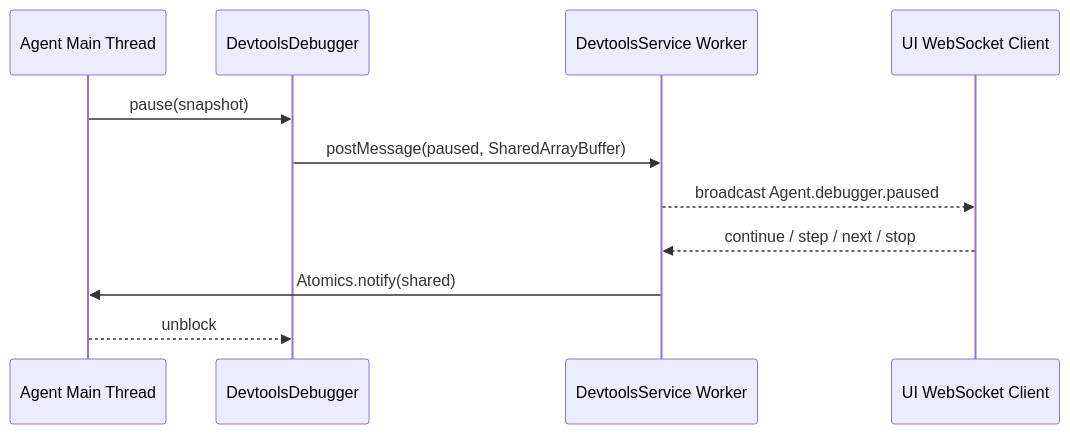
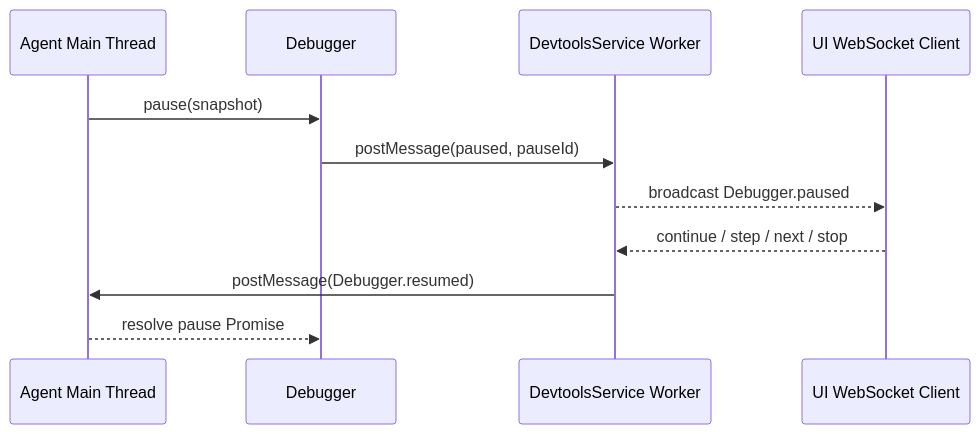
Before and after one commit to aniwei/vitamin-coding: the diagram in packages/devtools/README.md, drawn with Mermaid. The commit also changed other lines of this file and 66 other files, not shown here.

````diff
--- a/packages/devtools/README.md
+++ b/packages/devtools/README.md
@@ -28,14 +28,14 @@
 ```mermaid
 sequenceDiagram
   participant A as Agent Main Thread
-  participant D as DevtoolsDebugger
+  participant D as Debugger
   participant W as DevtoolsService Worker
   participant U as UI WebSocket Client
 
   A->>D: pause(snapshot)
-  D->>W: postMessage(paused, SharedArrayBuffer)
-  W-->>U: broadcast Agent.debugger.paused
+  D->>W: postMessage(paused, pauseId)
+  W-->>U: broadcast Debugger.paused
   U-->>W: continue / step / next / stop
-  W->>A: Atomics.notify(shared)
-  A-->>D: unblock
+  W->>A: postMessage(Debugger.resumed)
+  A-->>D: resolve pause Promise
 ```
````
